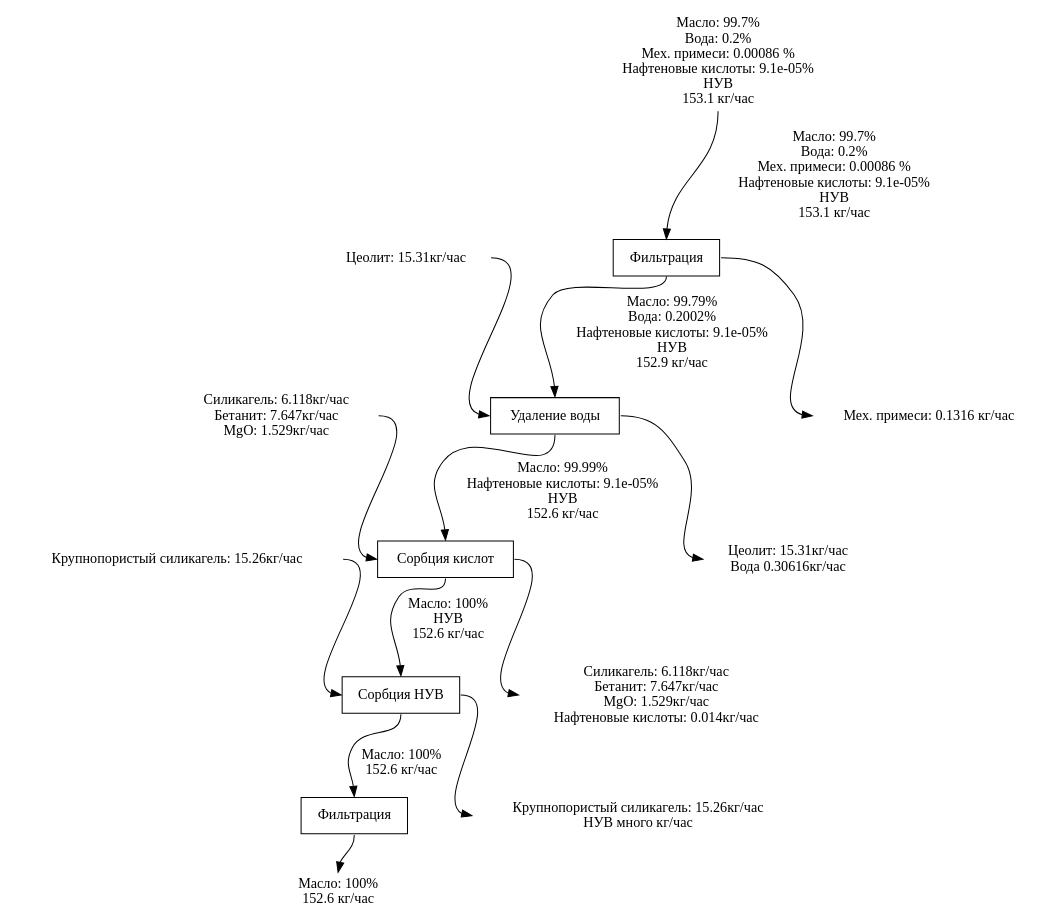
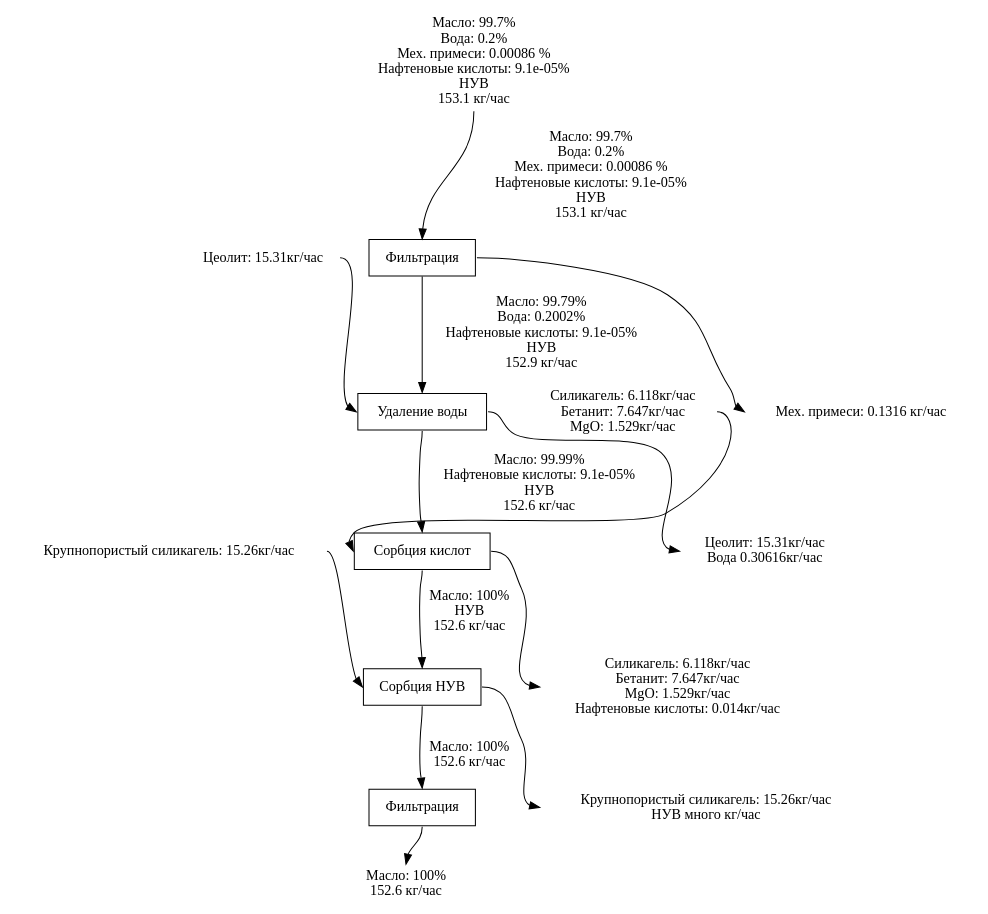
One commit to MKondakova/TechSchemaForOilSorption changed the diagram in Digraph.gv. Above: the diagram before and after it, drawn with Graphviz. The commit also changed 3 other files, not shown here.

```diff
--- a/Digraph.gv
+++ b/Digraph.gv
@@ -1,65 +1,65 @@
 digraph {
 	fontsize=20 nodesep=0.4 ranksep=0.5
 	node [shape=record]
 	-1 [label="Масло: 99.7%
 Вода: 0.2%
 Мех. примеси: 0.00086 %
 Нафтеновые кислоты: 9.1e-05%
 НУВ
 153.1 кг/час" shape=plaintext]
-	0 [label="Фильтрация"]
-	"0r" [label="Мех. примеси: 0.1316 кг/час" shape=plaintext]
-	"0l" [label="" shape=plaintext]
+	0 [label="Фильтрация" group=2]
+	"0r" [label="Мех. примеси: 0.1316 кг/час" group=1 shape=plaintext]
+	"0l" [label="" group=3 margin=0.0 shape=plaintext]
 	"0l":e -> 0:w [label="" style=invis]
 	0:e -> "0r":w [label="" style=""]
 	-1:s -> 0:n [label="Масло: 99.7%
 Вода: 0.2%
 Мех. примеси: 0.00086 %
 Нафтеновые кислоты: 9.1e-05%
 НУВ
 153.1 кг/час"]
-	1 [label="Удаление воды"]
+	1 [label="Удаление воды" group=2]
 	"1r" [label="Цеолит: 15.31кг/час
-Вода 0.30616кг/час" shape=plaintext]
-	"1l" [label="Цеолит: 15.31кг/час" shape=plaintext]
+Вода 0.30616кг/час" group=1 shape=plaintext]
+	"1l" [label="Цеолит: 15.31кг/час" group=3 margin=0.0 shape=plaintext]
 	"1l":e -> 1:w [label="" style=""]
 	1:e -> "1r":w [label="" style=""]
 	0:s -> 1:n [label="Масло: 99.79%
 Вода: 0.2002%
 Нафтеновые кислоты: 9.1e-05%
 НУВ
 152.9 кг/час"]
-	2 [label="Сорбция кислот"]
+	2 [label="Сорбция кислот" group=2]
 	"2r" [label="Силикагель: 6.118кг/час
 Бетанит: 7.647кг/час
 MgO: 1.529кг/час
-Нафтеновые кислоты: 0.014кг/час" shape=plaintext]
+Нафтеновые кислоты: 0.014кг/час" group=1 shape=plaintext]
 	"2l" [label="Силикагель: 6.118кг/час
 Бетанит: 7.647кг/час
-MgO: 1.529кг/час" shape=plaintext]
+MgO: 1.529кг/час" group=3 margin=0.0 shape=plaintext]
 	"2l":e -> 2:w [label="" style=""]
 	2:e -> "2r":w [label="" style=""]
 	1:s -> 2:n [label="Масло: 99.99%
 Нафтеновые кислоты: 9.1e-05%
 НУВ
 152.6 кг/час"]
-	3 [label="Сорбция НУВ"]
+	3 [label="Сорбция НУВ" group=2]
 	"3r" [label="Крупнопористый силикагель: 15.26кг/час
-НУВ много кг/час" shape=plaintext]
-	"3l" [label="Крупнопористый силикагель: 15.26кг/час" shape=plaintext]
+НУВ много кг/час" group=1 shape=plaintext]
+	"3l" [label="Крупнопористый силикагель: 15.26кг/час" group=3 margin=0.0 shape=plaintext]
 	"3l":e -> 3:w [label="" style=""]
 	3:e -> "3r":w [label="" style=""]
 	2:s -> 3:n [label="Масло: 100%
 НУВ
 152.6 кг/час"]
-	4 [label="Фильтрация"]
-	"4r" [label="" shape=plaintext]
-	"4l" [label="" shape=plaintext]
+	4 [label="Фильтрация" group=2]
+	"4r" [label="" group=1 shape=plaintext]
+	"4l" [label="" group=3 margin=0.0 shape=plaintext]
 	"4l":e -> 4:w [label="" style=invis]
 	4:e -> "4r":w [label="" style=invis]
 	3:s -> 4:n [label="Масло: 100%
 152.6 кг/час"]
 	5 [label="Масло: 100%
 152.6 кг/час" shape=plaintext]
 	4:s -> 5:n [label=""]
 }
```
